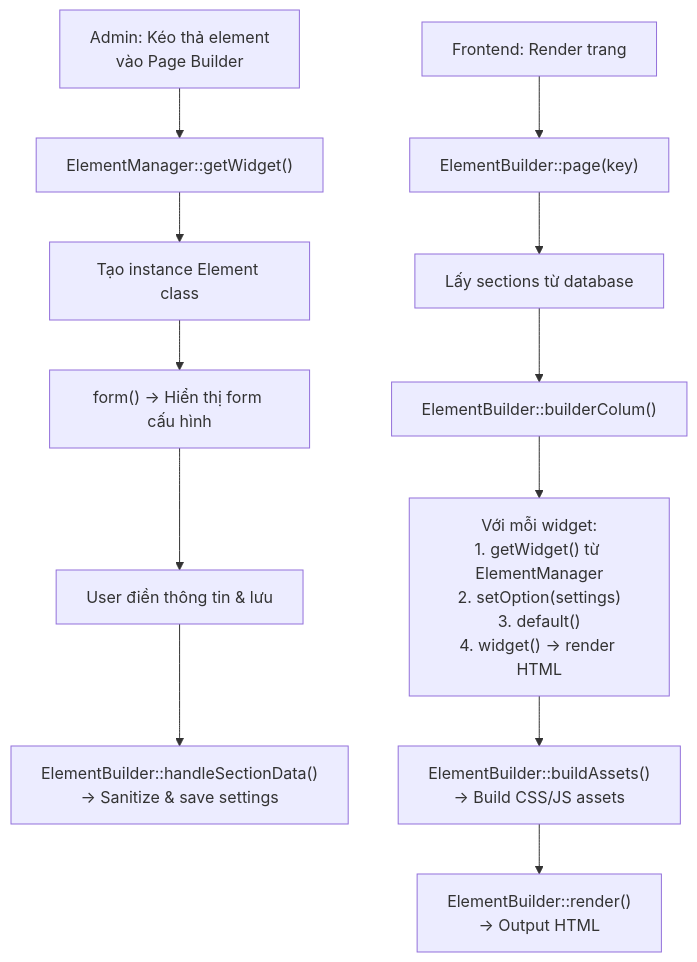
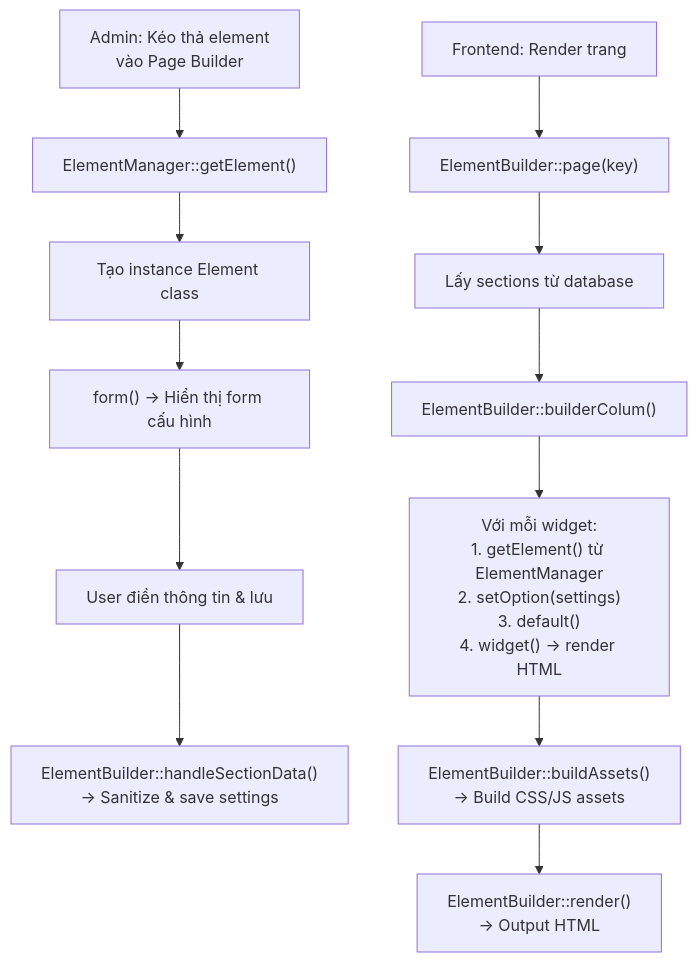
The third of 3 diagrams in docs/doc/10-Theme Development/07-Theme-Elements.md (huutrongdev93/cms-docs), drawn with Mermaid before and after one commit. The commit also changed other lines of this file and 91 other files, not shown here.

````diff
--- a/docs/doc/10-Theme Development/07-Theme-Elements.md
+++ b/docs/doc/10-Theme Development/07-Theme-Elements.md
@@ -1472,15 +1519,15 @@
 ```mermaid
 flowchart TD
-    A["Admin: Kéo thả element\nvào Page Builder"] --> B["ElementManager::getWidget()"]
+    A["Admin: Kéo thả element\nvào Page Builder"] --> B["ElementManager::getElement()"]
     B --> C["Tạo instance Element class"]
     C --> D["form() → Hiển thị form cấu hình"]
     D --> E["User điền thông tin & lưu"]
     E --> F["ElementBuilder::handleSectionData()\n→ Sanitize & save settings"]
 
     G["Frontend: Render trang"] --> H["ElementBuilder::page(key)"]
     H --> I["Lấy sections từ database"]
     I --> J["ElementBuilder::builderColum()"]
-    J --> K["Với mỗi widget:\n1. getWidget() từ ElementManager\n2. setOption(settings)\n3. default()\n4. widget() → render HTML"]
+    J --> K["Với mỗi widget:\n1. getElement() từ ElementManager\n2. setOption(settings)\n3. default()\n4. widget() → render HTML"]
     K --> L["ElementBuilder::buildAssets()\n→ Build CSS/JS assets"]
     L --> M["ElementBuilder::render()\n→ Output HTML"]
 ```
````
